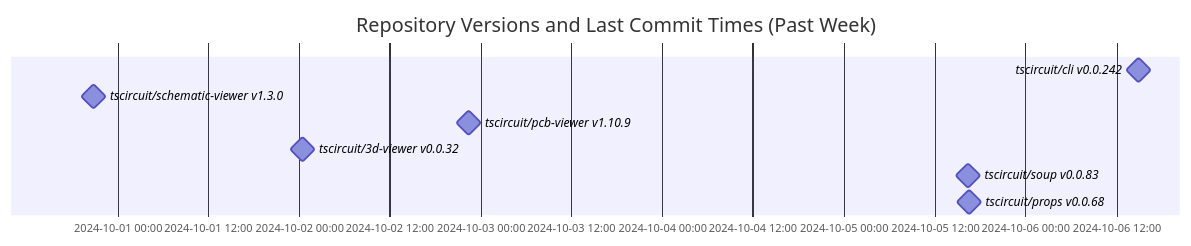
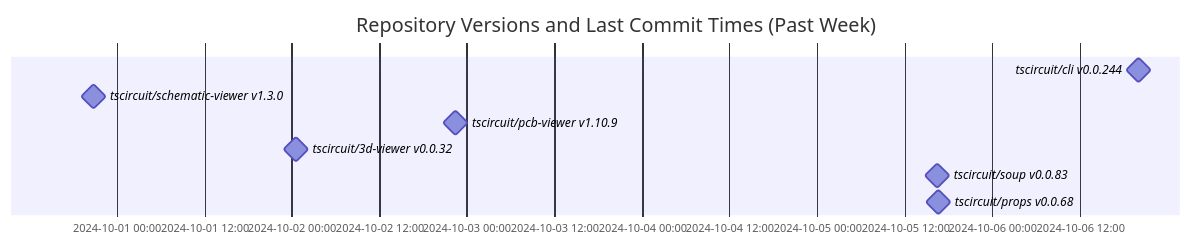
Before and after one commit to tscircuit/version-tracker: the diagram in README.md, drawn with Mermaid.

Commit message:
Update chart

````diff
--- a/README.md
+++ b/README.md
@@ -1,13 +1,13 @@
 ```mermaid
 gantt
   dateFormat  YYYY-MM-DD HH:mm:ss
   title Repository Versions and Last Commit Times (Past Week)
   axisFormat %Y-%m-%d %H:%M
 
-  tscircuit/cli v0.0.242 : milestone, 2024-10-06 14:57:44, 1s
+  tscircuit/cli v0.0.244 : milestone, 2024-10-06 20:00:35, 1s
   tscircuit/schematic-viewer v1.3.0 : milestone, 2024-09-30 20:50:04, 1s
   tscircuit/pcb-viewer v1.10.9 : milestone, 2024-10-02 22:24:48, 1s
   tscircuit/3d-viewer v0.0.32 : milestone, 2024-10-02 00:30:55, 1s
   tscircuit/soup v0.0.83 : milestone, 2024-10-05 16:28:11, 1s
   tscircuit/props v0.0.68 : milestone, 2024-10-05 16:34:46, 1s
 ```
````
